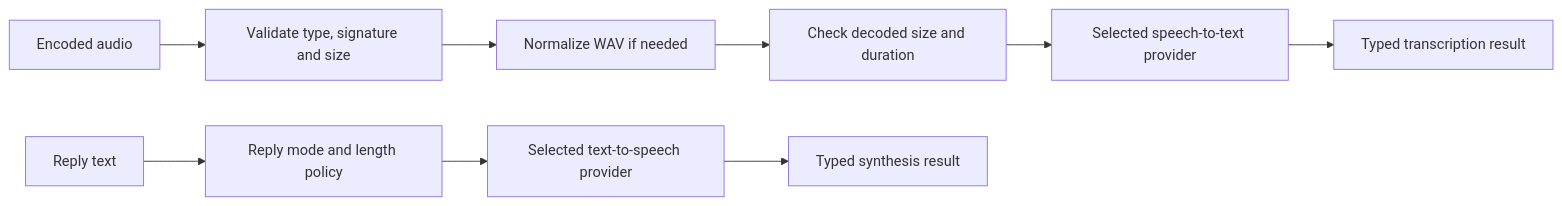
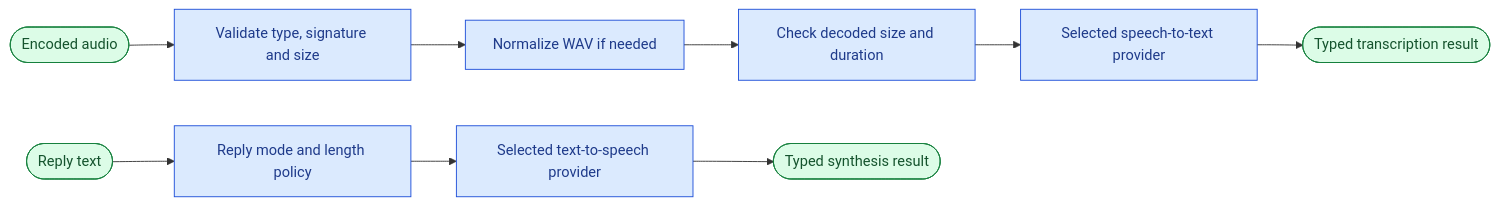
Before and after one commit to f2calv/CasCap.Api.Voice: the diagram in src/CasCap.Api.Voice/README.md, drawn with Mermaid. The commit also changed other lines of this file and 4 other files, not shown here.

````diff
--- a/src/CasCap.Api.Voice/README.md
+++ b/src/CasCap.Api.Voice/README.md
@@ -158,11 +162,15 @@
 ```mermaid
 flowchart LR
-    Audio["Encoded audio"] --> Validate["Validate type, signature and size"]
-    Validate --> Normalize["Normalize WAV if needed"]
-    Normalize --> Limits["Check decoded size and duration"]
-    Limits --> STT["Selected speech-to-text provider"]
-    STT --> Transcript["Typed transcription result"]
-    Text["Reply text"] --> Policy["Reply mode and length policy"]
-    Policy --> TTS["Selected text-to-speech provider"]
-    TTS --> Result["Typed synthesis result"]
+  audio([Encoded audio]) --> validate[Validate type, signature and size]
+  validate --> normalize[Normalize WAV if needed]
+  normalize --> limits[Check decoded size and duration]
+  limits --> stt[Selected speech-to-text provider]
+  stt --> transcript([Typed transcription result])
+  text([Reply text]) --> policy[Reply mode and length policy]
+  policy --> tts[Selected text-to-speech provider]
+  tts --> result([Typed synthesis result])
+  classDef owned fill:#dbeafe,stroke:#1d4ed8,color:#1e3a8a
+  classDef terminal fill:#dcfce7,stroke:#15803d,color:#14532d
+  class validate,normalize,limits,stt,policy,tts owned
+  class audio,transcript,text,result terminal
 ```
````
